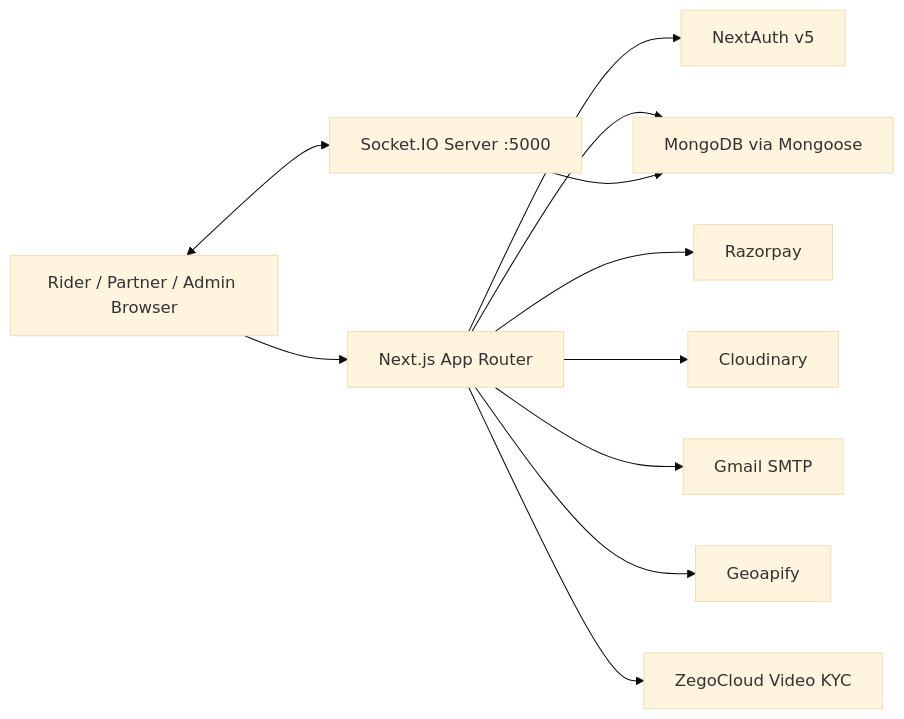
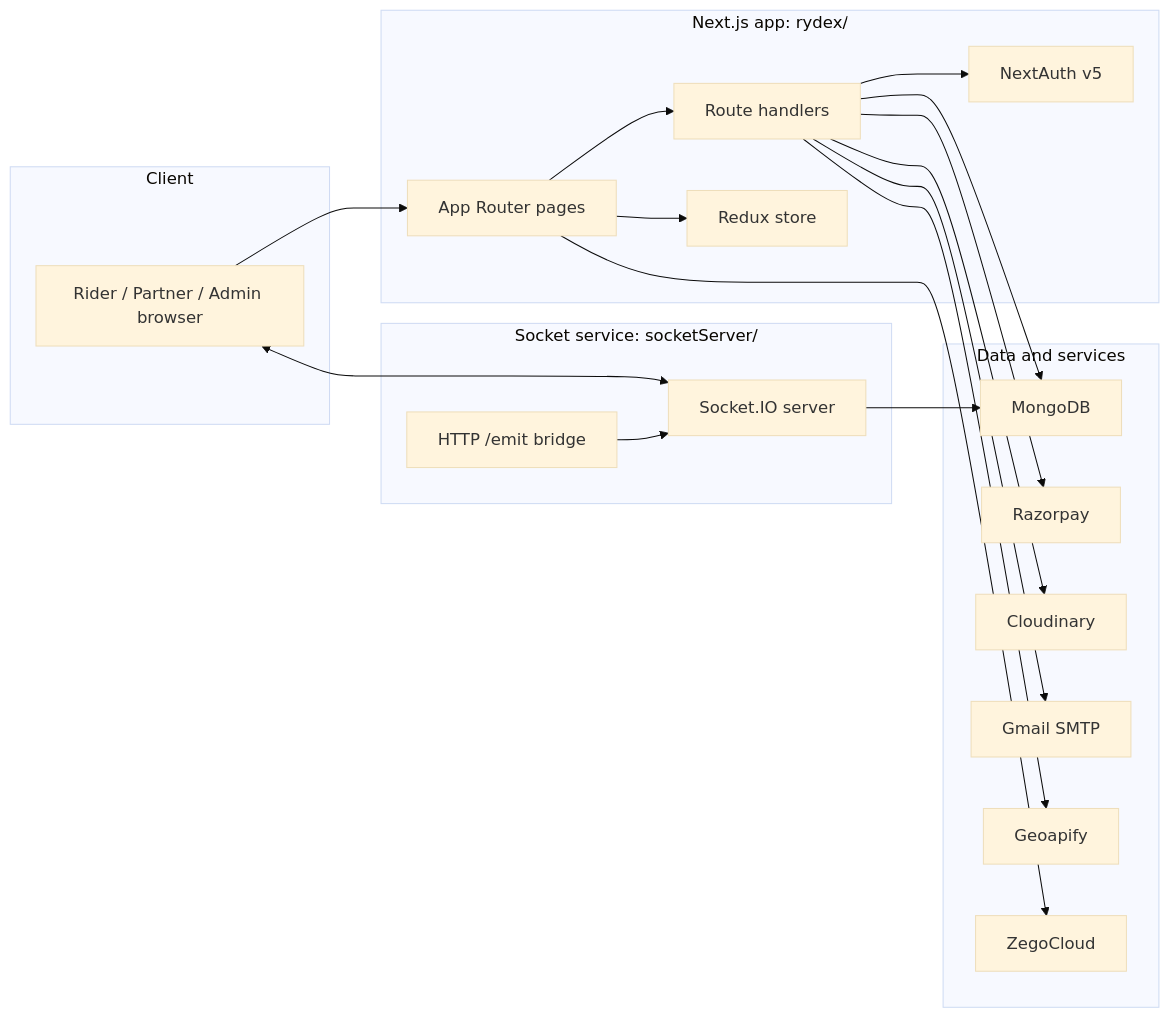
One commit to Piyush467/Rydex changed the first of 7 diagrams in README.md. Above: the diagram before and after it, drawn with Mermaid (base theme). The commit also changed other lines of this file, not shown here.

````diff
--- a/README.md
+++ b/README.md
@@ -80,13 +116,41 @@
 ```mermaid
 flowchart LR
-  U["Rider / Partner / Admin Browser"] --> N["Next.js App Router"]
-  N --> A["NextAuth v5"]
-  N --> M["MongoDB via Mongoose"]
-  N --> R["Razorpay"]
-  N --> C["Cloudinary"]
-  N --> E["Gmail SMTP"]
-  N --> G["Geoapify"]
-  N --> Z["ZegoCloud Video KYC"]
-  U <--> S["Socket.IO Server :5000"]
-  S --> M
+  subgraph Client["Client"]
+    Browser["Rider / Partner / Admin browser"]
+  end
+
+  subgraph Web["Next.js app: rydex/"]
+    Pages["App Router pages"]
+    Api["Route handlers"]
+    Auth["NextAuth v5"]
+    Redux["Redux store"]
+  end
+
+  subgraph Realtime["Socket service: socketServer/"]
+    Socket["Socket.IO server"]
+    Emit["HTTP /emit bridge"]
+  end
+
+  subgraph Data["Data and services"]
+    Mongo["MongoDB"]
+    Razorpay["Razorpay"]
+    Cloudinary["Cloudinary"]
+    Mail["Gmail SMTP"]
+    Geoapify["Geoapify"]
+    Zego["ZegoCloud"]
+  end
+
+  Browser --> Pages
+  Pages --> Redux
+  Pages --> Api
+  Api --> Auth
+  Api --> Mongo
+  Api --> Razorpay
+  Api --> Cloudinary
+  Api --> Mail
+  Api --> Geoapify
+  Pages --> Zego
+  Browser <--> Socket
+  Socket --> Mongo
+  Emit --> Socket
 ```
````
